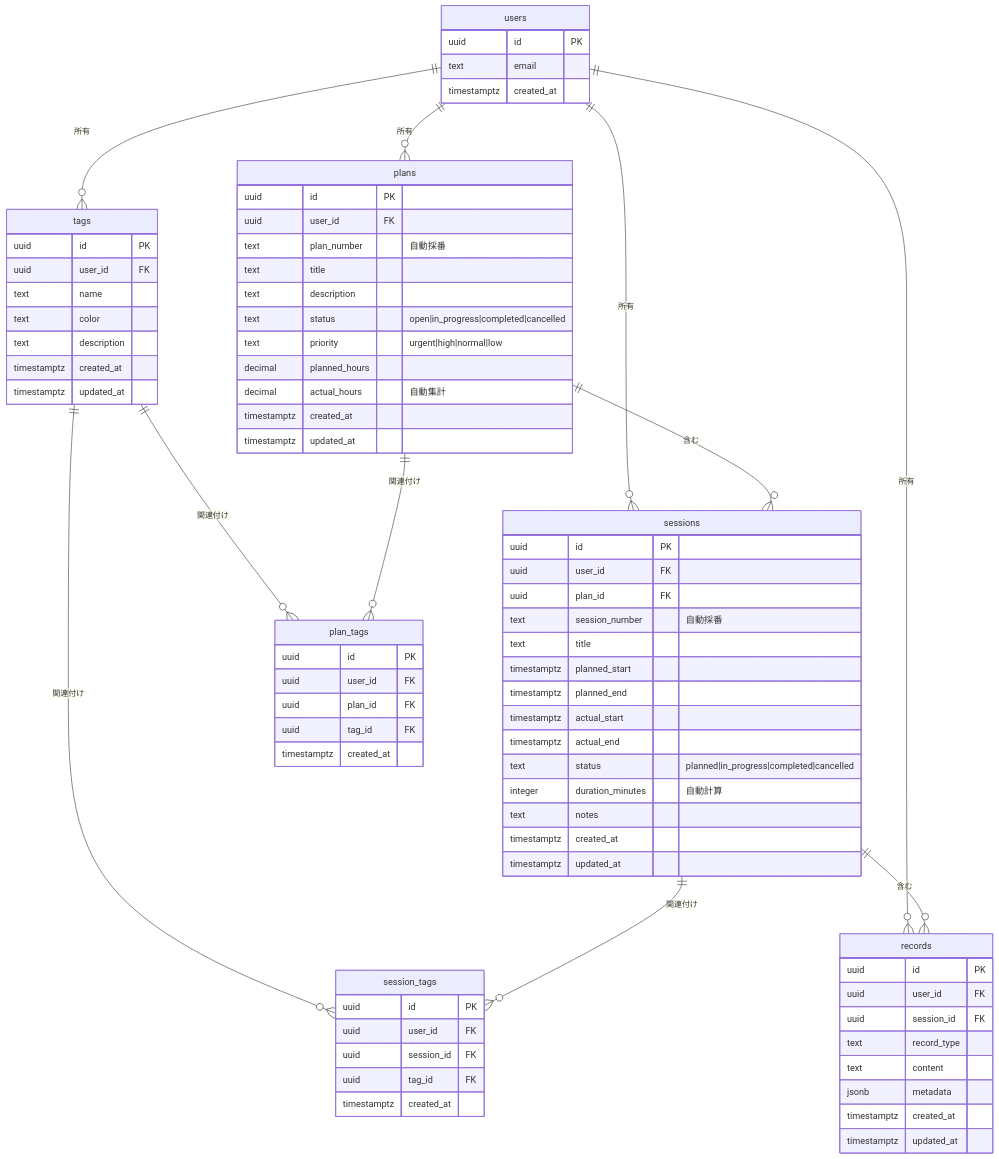
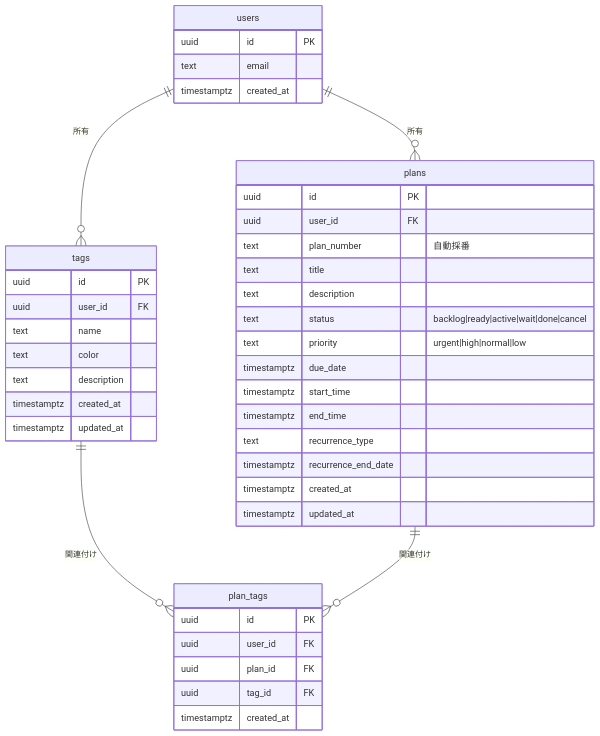
One commit to t3-nico/boxlog-app changed the diagram in src/features/plans/__docs__/database-schema.md. Above: the diagram before and after it, drawn with Mermaid. The commit also changed other lines of this file and 35 other files, not shown here.

````diff
--- a/src/features/plans/__docs__/database-schema.md
+++ b/src/features/plans/__docs__/database-schema.md
@@ -6,17 +6,9 @@
 erDiagram
     users ||--o{ tags : "所有"
     users ||--o{ plans : "所有"
-    users ||--o{ sessions : "所有"
-    users ||--o{ records : "所有"
-
-    plans ||--o{ sessions : "含む"
-    sessions ||--o{ records : "含む"
 
     tags ||--o{ plan_tags : "関連付け"
     plans ||--o{ plan_tags : "関連付け"
-
-    tags ||--o{ session_tags : "関連付け"
-    sessions ||--o{ session_tags : "関連付け"
 
     users {
         uuid id PK
@@ -40,38 +32,13 @@
         text plan_number "自動採番"
         text title
         text description
-        text status "open|in_progress|completed|cancelled"
+        text status "backlog|ready|active|wait|done|cancel"
         text priority "urgent|high|normal|low"
-        decimal planned_hours
-        decimal actual_hours "自動集計"
-        timestamptz created_at
-        timestamptz updated_at
-    }
-
-    sessions {
-        uuid id PK
-        uuid user_id FK
-        uuid plan_id FK
-        text session_number "自動採番"
-        text title
-        timestamptz planned_start
-        timestamptz planned_end
-        timestamptz actual_start
-        timestamptz actual_end
-        text status "planned|in_progress|completed|cancelled"
-        integer duration_minutes "自動計算"
-        text notes
-        timestamptz created_at
-        timestamptz updated_at
-    }
-
-    records {
-        uuid id PK
-        uuid user_id FK
-        uuid session_id FK
-        text record_type
-        text content
-        jsonb metadata
+        timestamptz due_date
+        timestamptz start_time
+        timestamptz end_time
+        text recurrence_type
+        timestamptz recurrence_end_date
         timestamptz created_at
         timestamptz updated_at
     }
@@ -83,12 +50,4 @@
         uuid tag_id FK
         timestamptz created_at
     }
-
-    session_tags {
-        uuid id PK
-        uuid user_id FK
-        uuid session_id FK
-        uuid tag_id FK
-        timestamptz created_at
-    }
 ```
````
